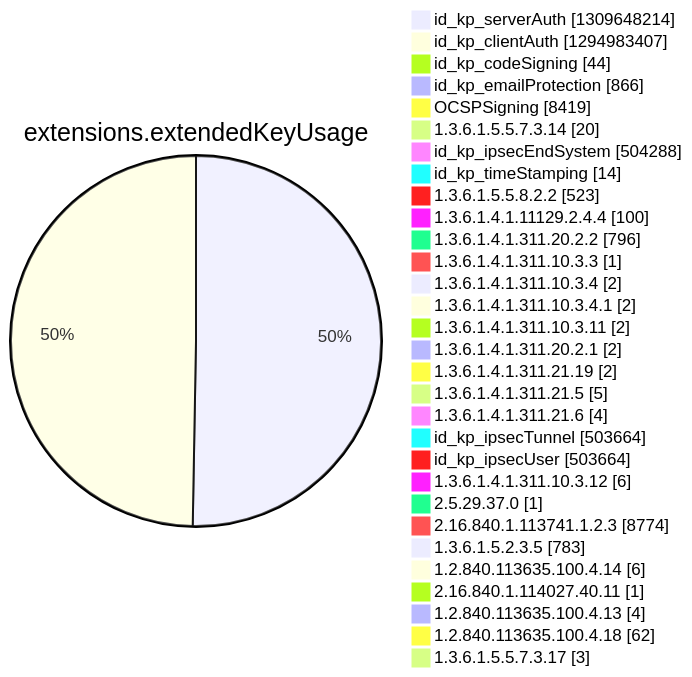
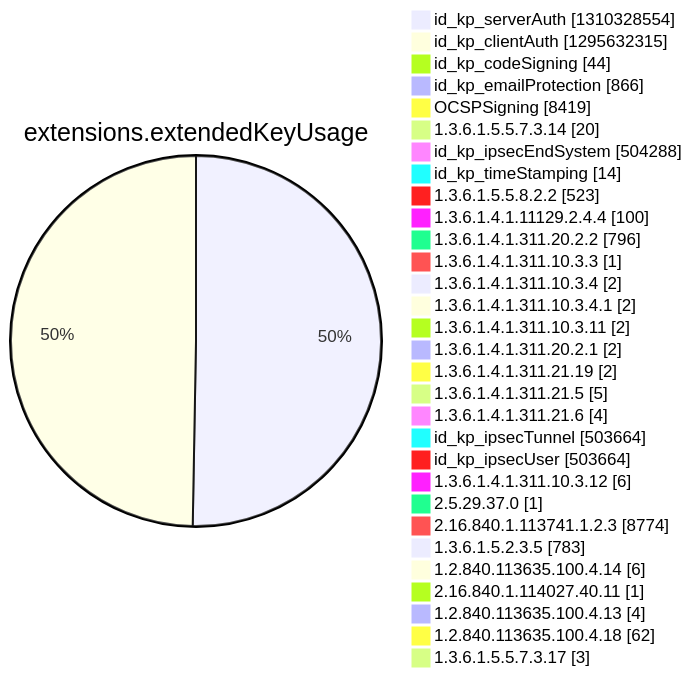
Diagram 12 of 15 in argon2022/README.md (christiankrug/ctmonitor_visualization), drawn with Mermaid before and after one commit. The commit also changed other lines of this file, not shown here.

````diff
--- a/argon2022/README.md
+++ b/argon2022/README.md
@@ -3552,34 +3552,34 @@
 ```mermaid
 pie showData
 title extensions.extendedKeyUsage
-"id_kp_serverAuth" :1309648214
-"id_kp_clientAuth" :1294983407
+"id_kp_serverAuth" :1310328554
+"id_kp_clientAuth" :1295632315
 "id_kp_codeSigning" :44
 "id_kp_emailProtection" :866
 "OCSPSigning" :8419
 "1.3.6.1.5.5.7.3.14" :20
 "id_kp_ipsecEndSystem" :504288
 "id_kp_timeStamping" :14
 "1.3.6.1.5.5.8.2.2" :523
 "1.3.6.1.4.1.11129.2.4.4" :100
 "1.3.6.1.4.1.311.20.2.2" :796
 "1.3.6.1.4.1.311.10.3.3" :1
 "1.3.6.1.4.1.311.10.3.4" :2
 "1.3.6.1.4.1.311.10.3.4.1" :2
 "1.3.6.1.4.1.311.10.3.11" :2
 "1.3.6.1.4.1.311.20.2.1" :2
 "1.3.6.1.4.1.311.21.19" :2
 "1.3.6.1.4.1.311.21.5" :5
 "1.3.6.1.4.1.311.21.6" :4
 "id_kp_ipsecTunnel" :503664
 "id_kp_ipsecUser" :503664
 "1.3.6.1.4.1.311.10.3.12" :6
 "2.5.29.37.0" :1
 "2.16.840.1.113741.1.2.3" :8774
 "1.3.6.1.5.2.3.5" :783
 "1.2.840.113635.100.4.14" :6
 "2.16.840.1.114027.40.11" :1
 "1.2.840.113635.100.4.13" :4
 "1.2.840.113635.100.4.18" :62
 "1.3.6.1.5.5.7.3.17" :3
 ```
````
